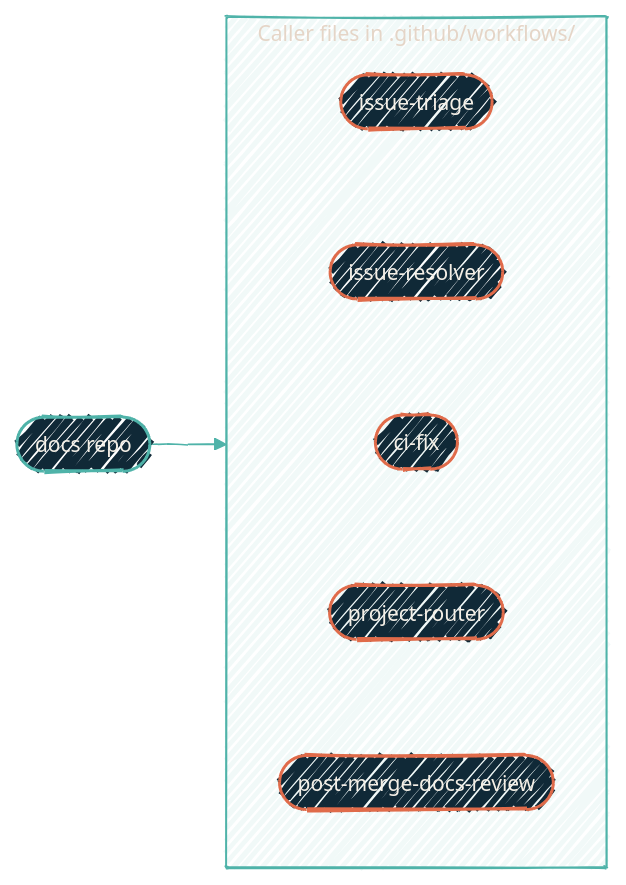
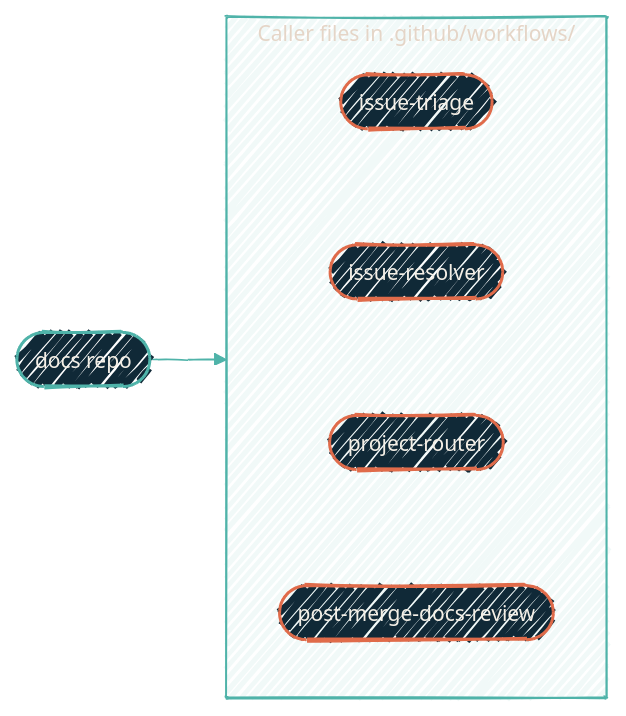
Before and after one commit to dryvist/docs: the diagram in automation/issue-to-pr-pipeline.mdx, drawn with Mermaid. The commit also changed other lines of this file and 14 other files, not shown here.

````diff
--- a/automation/issue-to-pr-pipeline.mdx
+++ b/automation/issue-to-pr-pipeline.mdx
@@ -31,24 +31,23 @@
 ```mermaid
 %%{init:
   {'theme':'base','look':'handDrawn','themeVariables':{'fontFamily':'Geist','fontSize':'14px','primaryColor':'#102937','primaryTextColor':'#F4EFE6','primaryBorderColor':'#4FB3A9','lineColor':'#4FB3A9','secondaryColor':'#0B1D2A','tertiaryColor':'#1A2A38','clusterBkg':'rgba(79,179,169,0.08)','clusterBorder':'#4FB3A9'}}}%%
   flowchart LR
   R([docs repo])
 
   subgraph callers[Caller files in .github/workflows/]
   direction TB
   A([issue-triage])
   B([issue-resolver])
-  C([ci-fix])
   E([project-router])
   F([post-merge-docs-review])
-  A ~~~ B ~~~ C ~~~ E ~~~ F
+  A ~~~ B ~~~ E ~~~ F
   end
 
   R --> A
 
   classDef host fill:#102937,stroke:#4FB3A9,stroke-width:2px,color:#F4EFE6;
   classDef ai   fill:#102937,stroke:#E06B4A,stroke-width:2px,color:#F4EFE6;
 
   class R host
-  class A,B,C,E,F ai
+  class A,B,E,F ai
 ```
````
